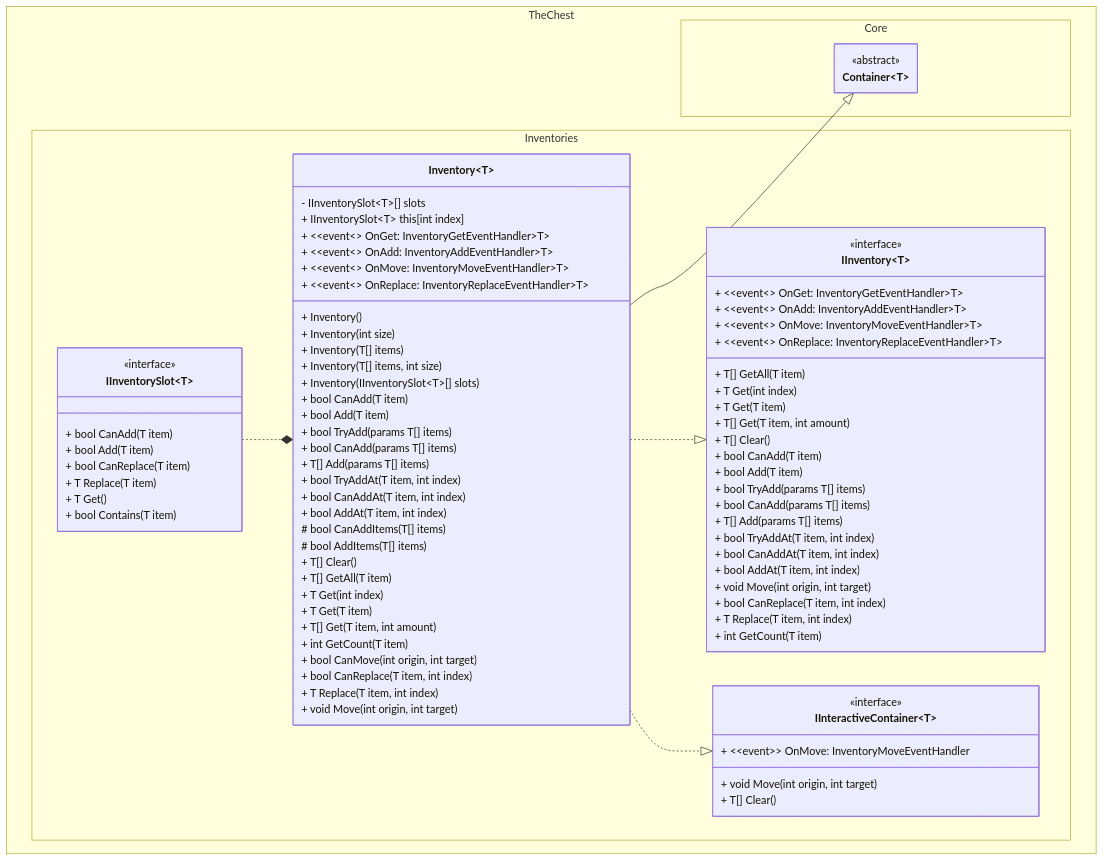
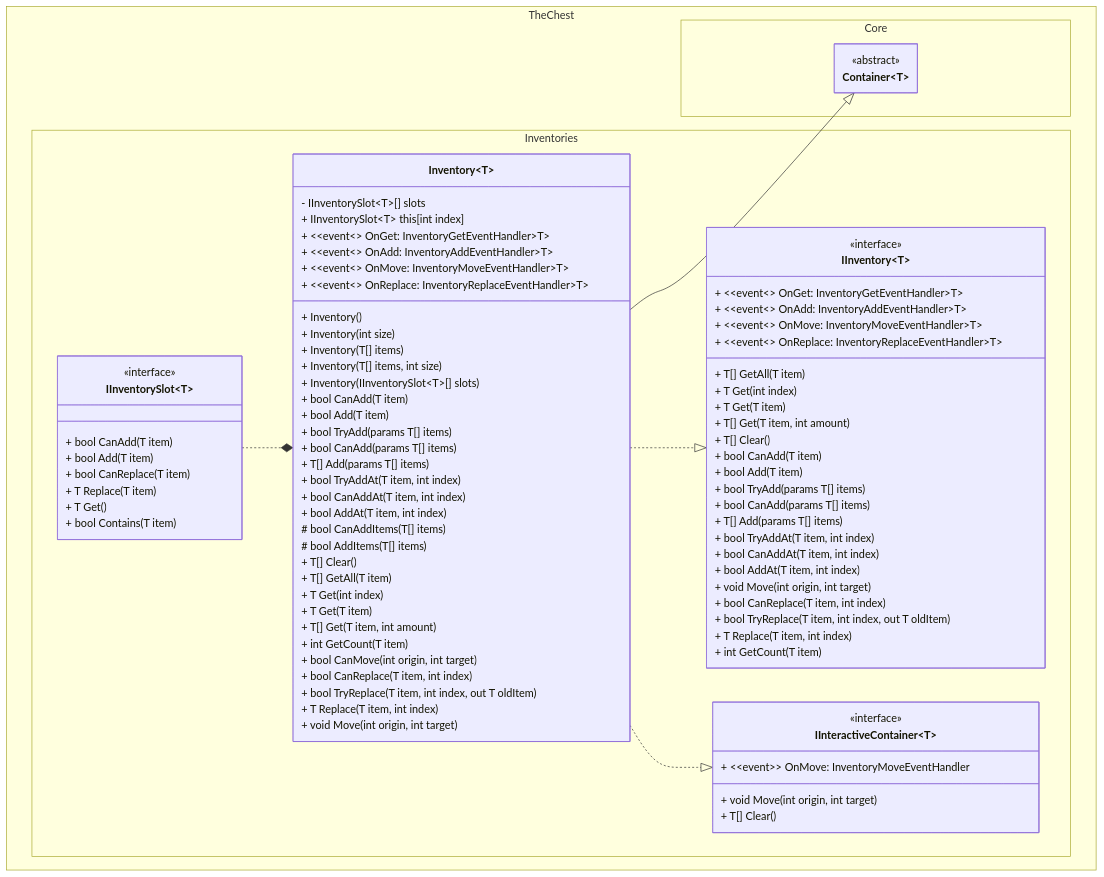
One commit to The-Chest/TheChest.Inventories changed the first of 2 diagrams in docs/inventory/class_diagram.md. Above: the diagram before and after it, drawn with Mermaid. The commit also changed other lines of this file and 7 other files, not shown here.

Commit message:
Adds TryReplace unit tests for Inventory and Slots

```diff
--- a/docs/inventory/class_diagram.md
+++ b/docs/inventory/class_diagram.md
@@ -43,6 +43,7 @@
 	        + void Move(int origin, int target)
 
 	        + bool CanReplace(T item, int index)
+			+ bool TryReplace(T item, int index, out T oldItem)
 	        + T Replace(T item, int index)
 
 	        + int GetCount(T item)
@@ -98,6 +99,7 @@
             + bool CanMove(int origin, int target)
 
 	        + bool CanReplace(T item, int index)
+			+ bool TryReplace(T item, int index, out T oldItem)
 	        + T Replace(T item, int index)
 
 	        + void Move(int origin, int target)
```
